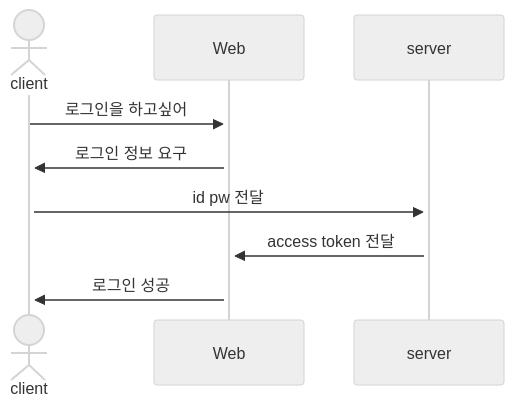
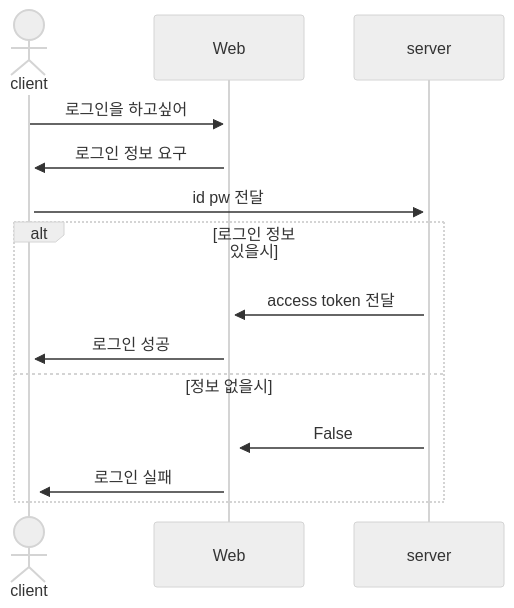
The first of 2 diagrams in README.md (Kimchanyang524/ChatGPT-DRF-Project), drawn with Mermaid (neutral theme) before and after one commit.

````diff
--- a/README.md
+++ b/README.md
@@ -162,11 +162,16 @@
 ```mermaid
     sequenceDiagram
     actor A as client
     participant B as Web
     participant C as server
     A->>+B: 로그인을 하고싶어
     B->>+A: 로그인 정보 요구
     A->>+C: id pw 전달
+    alt 로그인 정보 있을시
     C->>+B: access token 전달
     B->>+A: 로그인 성공
+    else 정보 없을시
+    C->>+B: False
+    B->>+A: 로그인 실패
+    end
 ```
````
